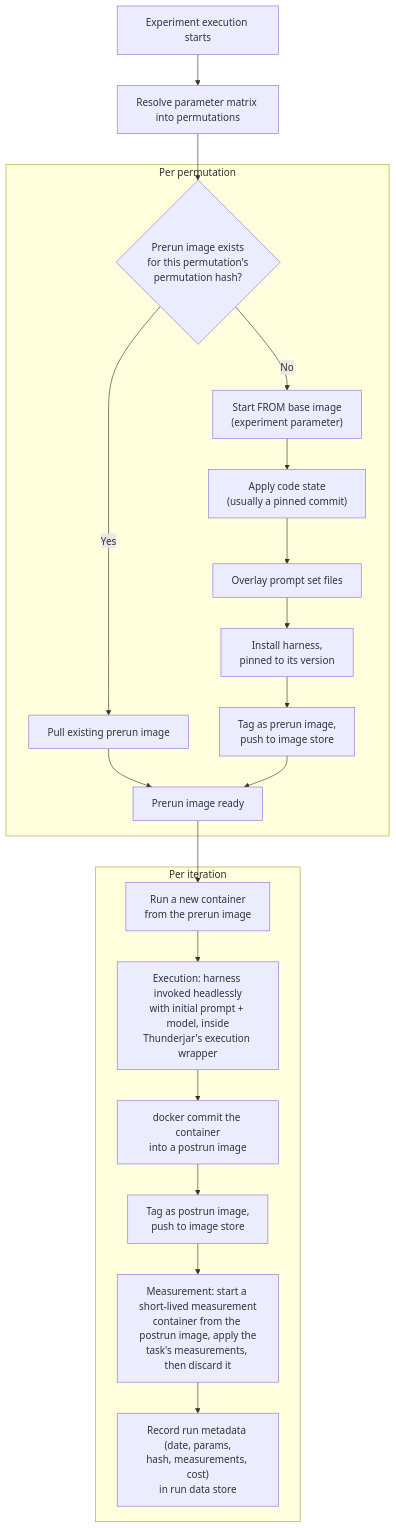
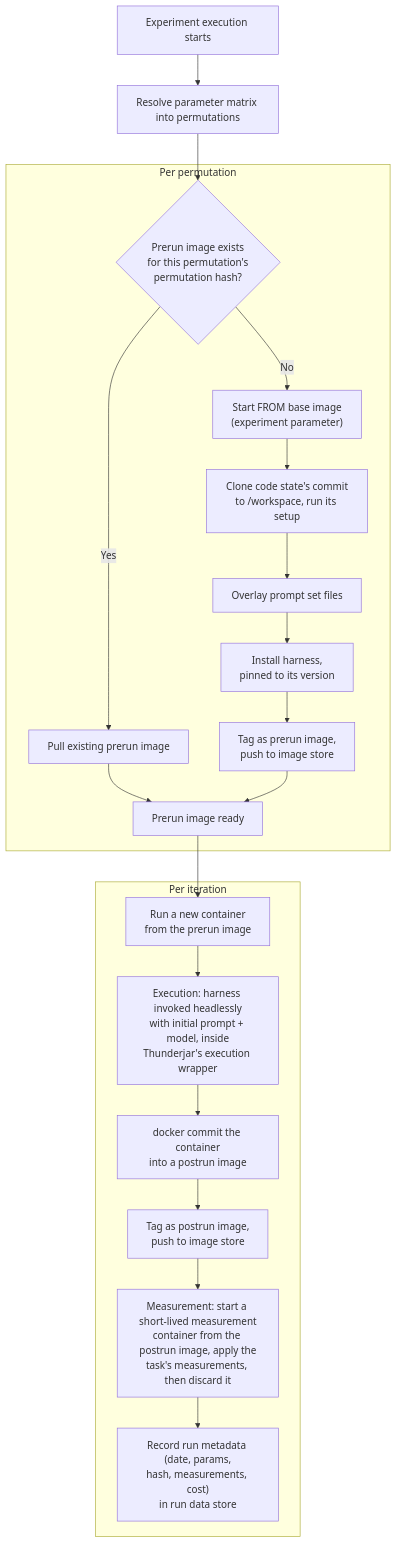
Before and after one commit to dwjohnston/thunderjar: the diagram in 080-docker-execution.md, drawn with Mermaid. The commit also changed 8 other files, not shown here.

First line of the commit message:
Spec how a code state's commit gets into the prerun image

````diff
--- a/080-docker-execution.md
+++ b/080-docker-execution.md
@@ -11,28 +11,28 @@
 ```mermaid
 flowchart TD
     A["Experiment execution starts"] --> B["Resolve parameter matrix into permutations"]
     B --> C
 
     subgraph PERM["Per permutation"]
         C{"Prerun image exists<br/>for this permutation's<br/>permutation hash?"}
         C -- Yes --> D["Pull existing prerun image"]
         C -- No --> E["Start FROM base image<br/>(experiment parameter)"]
-        E --> F["Apply code state<br/>(usually a pinned commit)"]
+        E --> F["Clone code state's commit<br/>to /workspace, run its setup"]
         F --> G["Overlay prompt set files"]
         G --> H["Install harness,<br/>pinned to its version"]
         H --> I["Tag as prerun image,<br/>push to image store"]
         D --> J["Prerun image ready"]
         I --> J
     end
 
     subgraph ITER["Per iteration"]
         K["Run a new container<br/>from the prerun image"]
         K --> L["Execution: harness invoked headlessly<br/>with initial prompt + model, inside<br/>Thunderjar's execution wrapper"]
         L --> M["docker commit the container<br/>into a postrun image"]
         M --> N["Tag as postrun image,<br/>push to image store"]
         N --> O["Measurement: start a short-lived measurement<br/>container from the postrun image, apply the<br/>task's measurements, then discard it"]
         O --> P["Record run metadata (date, params,<br/>hash, measurements, cost)<br/>in run data store"]
     end
 
     J --> K
 ```
````
